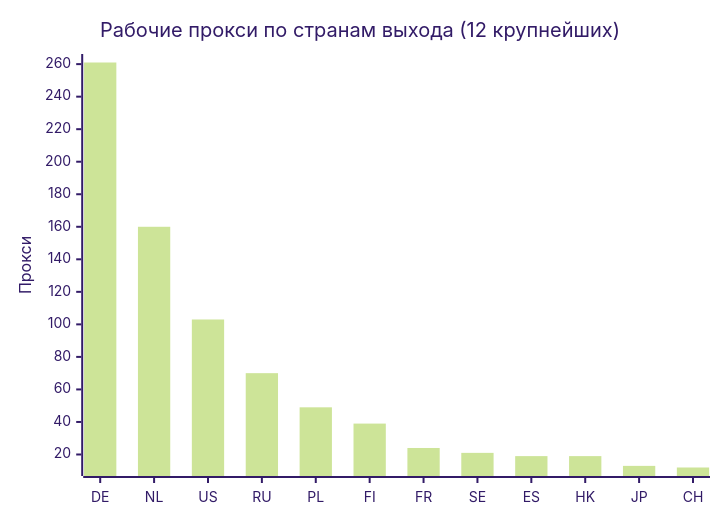
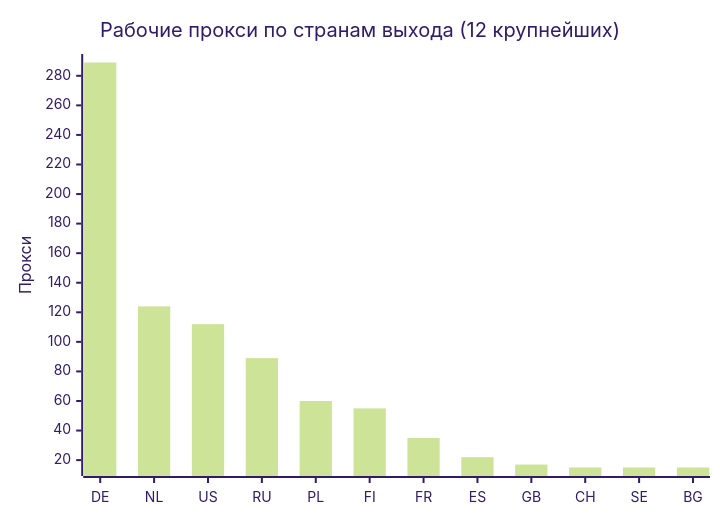
One commit to rvvg/proxy-subs changed the second of 4 diagrams in README.md. Above: the diagram before and after it, drawn with Mermaid (forest theme). The commit also changed other lines of this file and 50 other files, not shown here.

````diff
--- a/README.md
+++ b/README.md
@@ -130,7 +130,7 @@
 ```mermaid
 xychart-beta
     title "Рабочие прокси по странам выхода (12 крупнейших)"
-    x-axis ["DE", "NL", "US", "RU", "PL", "FI", "FR", "SE", "ES", "HK", "JP", "CH"]
+    x-axis ["DE", "NL", "US", "RU", "PL", "FI", "FR", "ES", "GB", "CH", "SE", "BG"]
     y-axis "Прокси"
-    bar [261, 160, 103, 70, 49, 39, 24, 21, 19, 19, 13, 12]
+    bar [289, 124, 112, 89, 60, 55, 35, 22, 17, 15, 15, 15]
 ```
````
